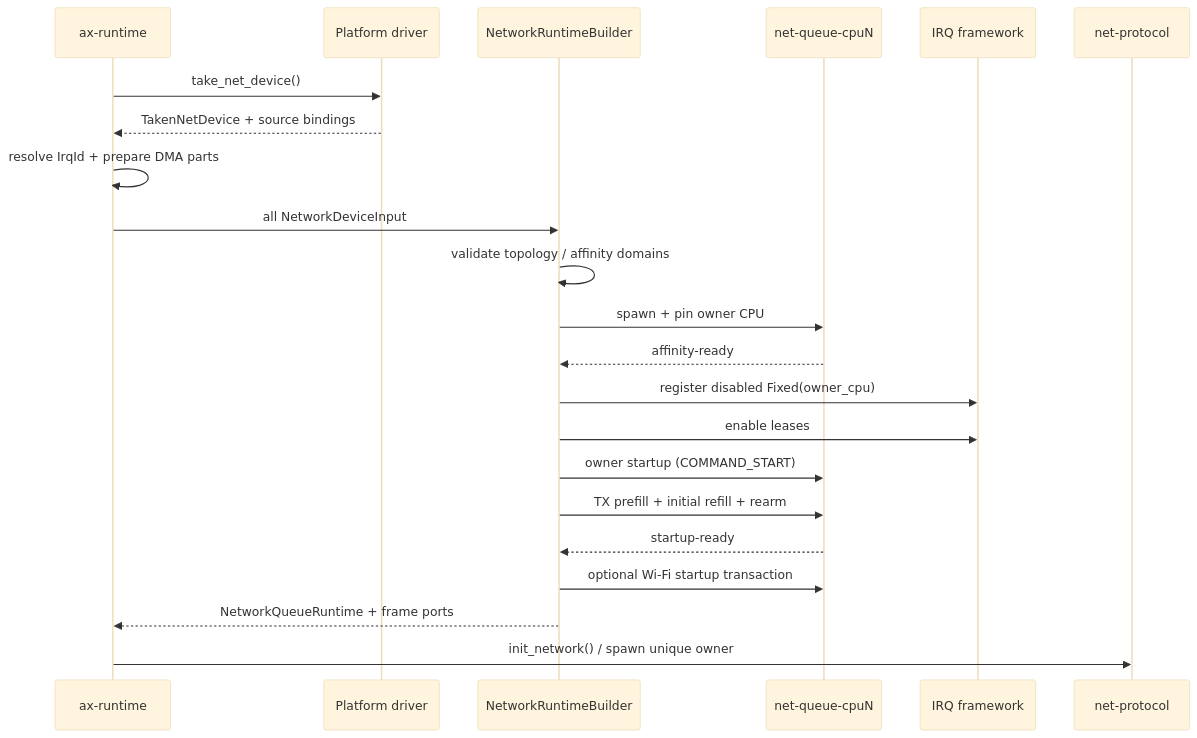
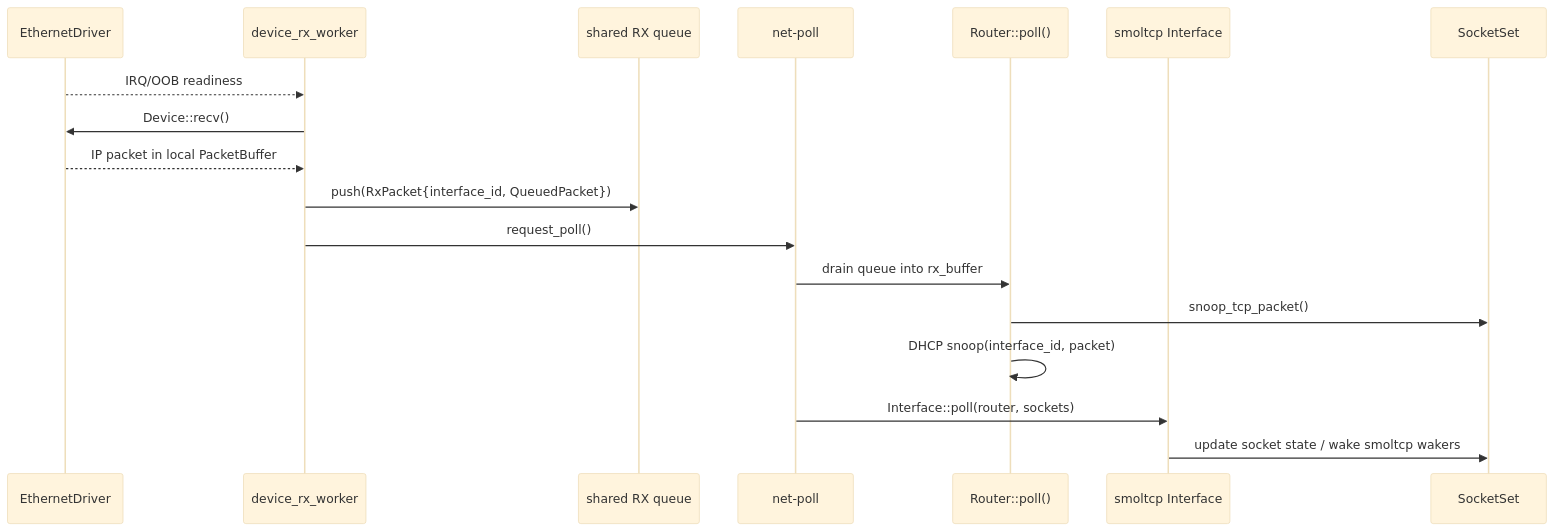
One commit to Dirinkbottle/tgoskits changed the third of 4 diagrams in docs/docs/architecture/net/flows.md. Above: the diagram before and after it, drawn with Mermaid (base theme). The commit also changed other lines of this file and 3840 other files, not shown here.

````diff
--- a/docs/docs/architecture/net/flows.md
+++ b/docs/docs/architecture/net/flows.md
@@ -14,25 +253,21 @@
 ```mermaid
 sequenceDiagram
-    participant RT as ax-runtime
-    participant Driver as Platform driver
-    participant Builder as NetworkRuntimeBuilder
-    participant QE as net-queue-cpuN
-    participant IRQ as IRQ framework
-    participant PE as net-protocol
+    participant Driver as EthernetDriver
+    participant RxW as device_rx_worker
+    participant Queue as shared RX queue
+    participant Poll as net-poll
+    participant Router as Router::poll()
+    participant Smol as smoltcp Interface
+    participant Sock as SocketSet
 
-    RT->>Driver: take_net_device()
-    Driver-->>RT: TakenNetDevice + source bindings
-    RT->>RT: resolve IrqId + prepare DMA parts
-    RT->>Builder: all NetworkDeviceInput
-    Builder->>Builder: validate topology / affinity domains
-    Builder->>QE: spawn + pin owner CPU
-    QE-->>Builder: affinity-ready
-    Builder->>IRQ: register disabled Fixed(owner_cpu)
-    Builder->>IRQ: enable leases
-    Builder->>QE: owner startup (COMMAND_START)
-    Builder->>QE: TX prefill + initial refill + rearm
-    QE-->>Builder: startup-ready
-    Builder->>QE: optional Wi-Fi startup transaction
-    Builder-->>RT: NetworkQueueRuntime + frame ports
-    RT->>PE: init_network() / spawn unique owner
+    Driver-->>RxW: IRQ/OOB readiness
+    RxW->>Driver: Device::recv()
+    Driver-->>RxW: IP packet in local PacketBuffer
+    RxW->>Queue: push(RxPacket{interface_id, QueuedPacket})
+    RxW->>Poll: request_poll()
+    Poll->>Router: drain queue into rx_buffer
+    Router->>Sock: snoop_tcp_packet()
+    Router->>Router: DHCP snoop(interface_id, packet)
+    Poll->>Smol: Interface::poll(router, sockets)
+    Smol->>Sock: update socket state / wake smoltcp wakers
 ```
````
